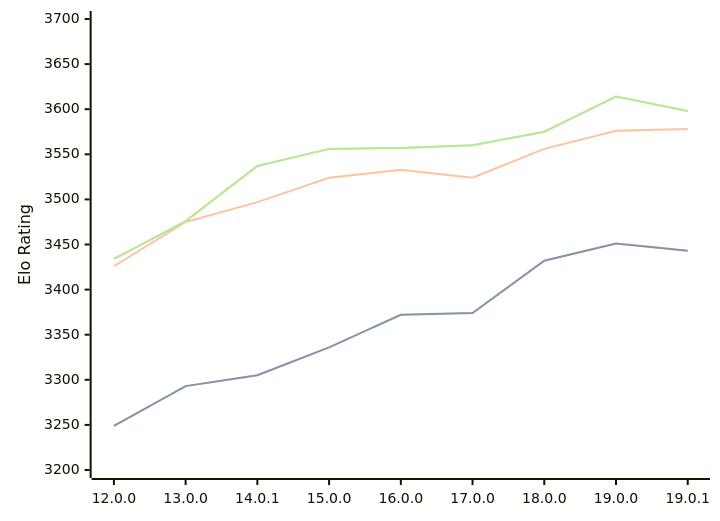
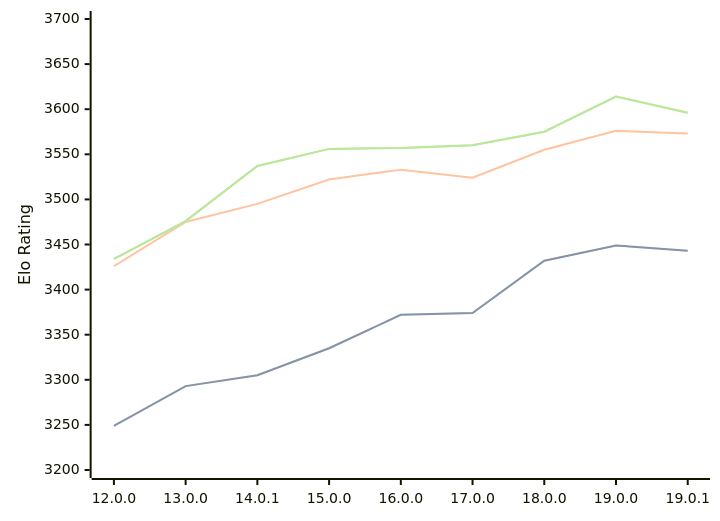
One commit to computer-chess-index/cci changed the diagram in engines/Viridithas.md. Above: the diagram before and after it, drawn with Mermaid. The commit also changed other lines of this file, not shown here.

Commit message:
Update CCI Ratings (ELO VLTC) - 2026-03-03

````diff
--- a/engines/Viridithas.md
+++ b/engines/Viridithas.md
@@ -61,11 +61,11 @@
 ```mermaid
 %%{init: {"theme":"base","themeVariables":{"seriesColors:['#a3a3a3','#222221','#faa371']}}}%%
 xychart-beta
   x-axis ["12.0.0", "13.0.0", "14.0.1", "15.0.0", "16.0.0", "17.0.0", "18.0.0", "19.0.0", "19.0.1"]
   y-axis "Elo Rating" 3200 --> 3700
-  line "STC (8.0+0.08s)" [3249, 3293, 3305, 3336, 3372, 3374, 3432, 3451, 3443]
-  line "STC (8.0+0.08s)" [3249, 3293, 3305, 3336, 3372, 3374, 3432, 3451, 3443]
-  line "LTC (60.0+0.60s)" [3426, 3475, 3497, 3524, 3533, 3524, 3556, 3576, 3578]
-  line "VLTC (2m24s+1.12s)" [3434, 3476, 3537, 3556, 3557, 3560, 3575, 3614, 3598]
-  line "VLTC (2m24s+1.12s)" [3434, 3476, 3537, 3556, 3557, 3560, 3575, 3614, 3598]
+  line "STC (8.0+0.08s)" [3249, 3293, 3305, 3335, 3372, 3374, 3432, 3449, 3443]
+  line "STC (8.0+0.08s)" [3249, 3293, 3305, 3335, 3372, 3374, 3432, 3449, 3443]
+  line "LTC (60.0+0.60s)" [3426, 3475, 3495, 3522, 3533, 3524, 3555, 3576, 3573]
+  line "VLTC (2m24s+1.12s)" [3434, 3476, 3537, 3556, 3557, 3560, 3575, 3614, 3596]
+  line "VLTC (2m24s+1.12s)" [3434, 3476, 3537, 3556, 3557, 3560, 3575, 3614, 3596]
 ```
````
